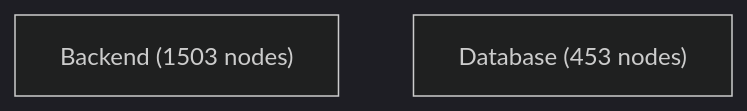
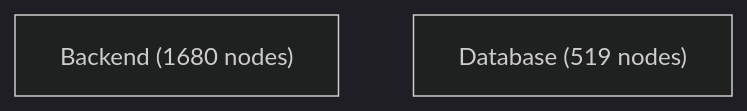
Before and after one commit to jankneumann/agentic-coding-tools: the first of 4 diagrams in docs/architecture-analysis/architecture.report.md, drawn with Mermaid (dark theme). The commit also changed other lines of this file and 106 other files, not shown here.

````diff
--- a/docs/architecture-analysis/architecture.report.md
+++ b/docs/architecture-analysis/architecture.report.md
@@ -502,5 +541,5 @@
 ```mermaid
 flowchart TB
-    Backend["Backend (1503 nodes)"]
-    Database["Database (453 nodes)"]
+    Backend["Backend (1680 nodes)"]
+    Database["Database (519 nodes)"]
 ```
````
